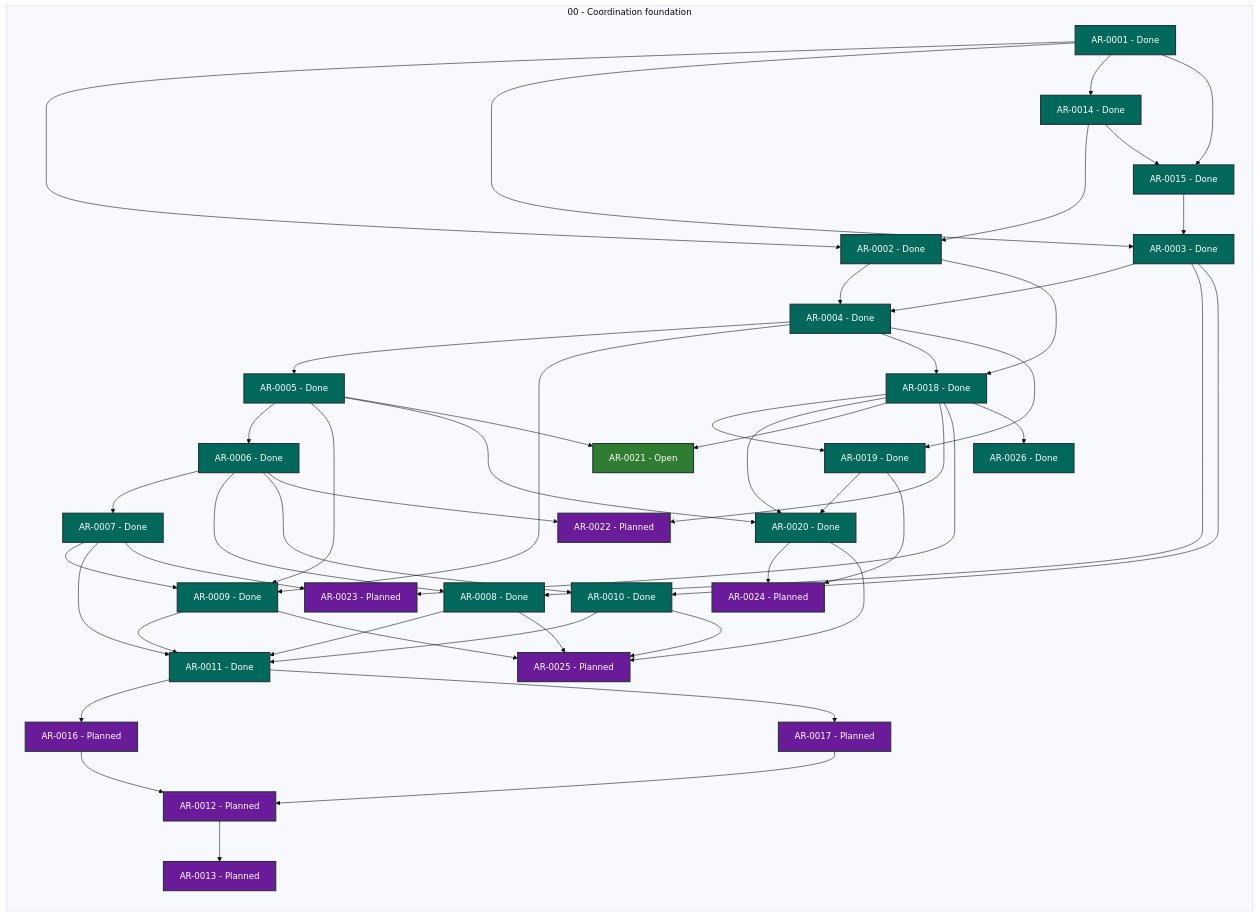
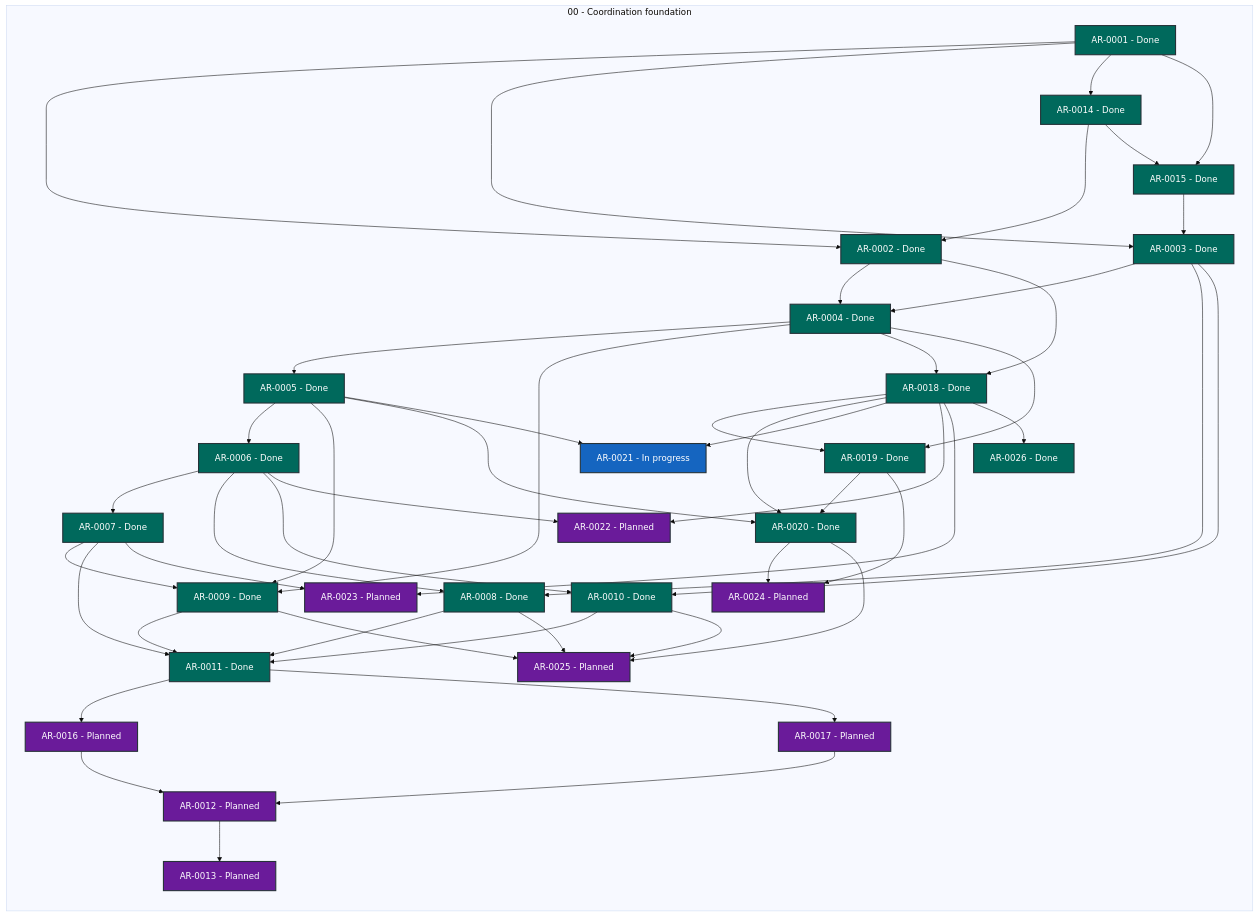
One commit to martin-beck/agent-workflow-tui-state changed the diagram in STATUS.md. Above: the diagram before and after it, drawn with Mermaid (base theme). The commit also changed other lines of this file and 2 other files, not shown here.

```diff
--- a/STATUS.md
+++ b/STATUS.md
@@ -48,7 +48,7 @@
         AR_0018["AR-0018 - Done"]:::status_done
         AR_0019["AR-0019 - Done"]:::status_done
         AR_0020["AR-0020 - Done"]:::status_done
-        AR_0021["AR-0021 - Open"]:::status_open
+        AR_0021["AR-0021 - In progress"]:::status_in_progress
         AR_0022["AR-0022 - Planned"]:::status_planned
         AR_0023["AR-0023 - Planned"]:::status_planned
         AR_0024["AR-0024 - Planned"]:::status_planned
```
